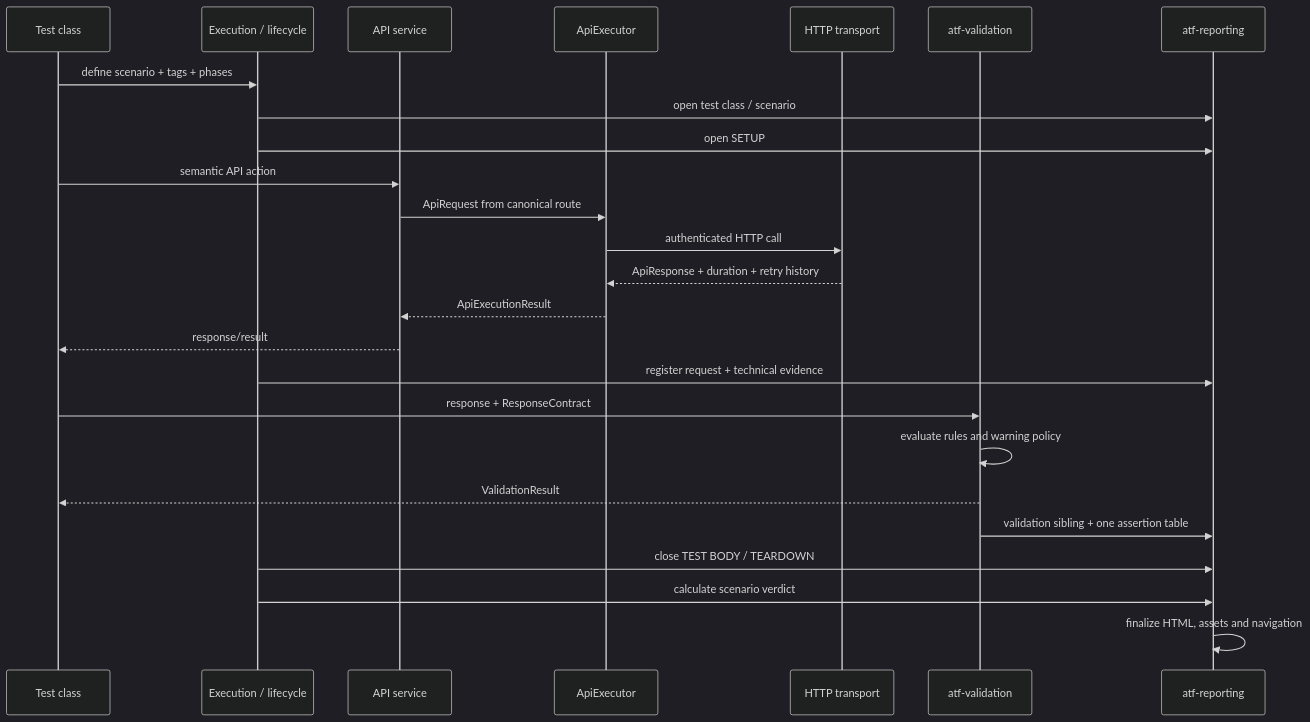
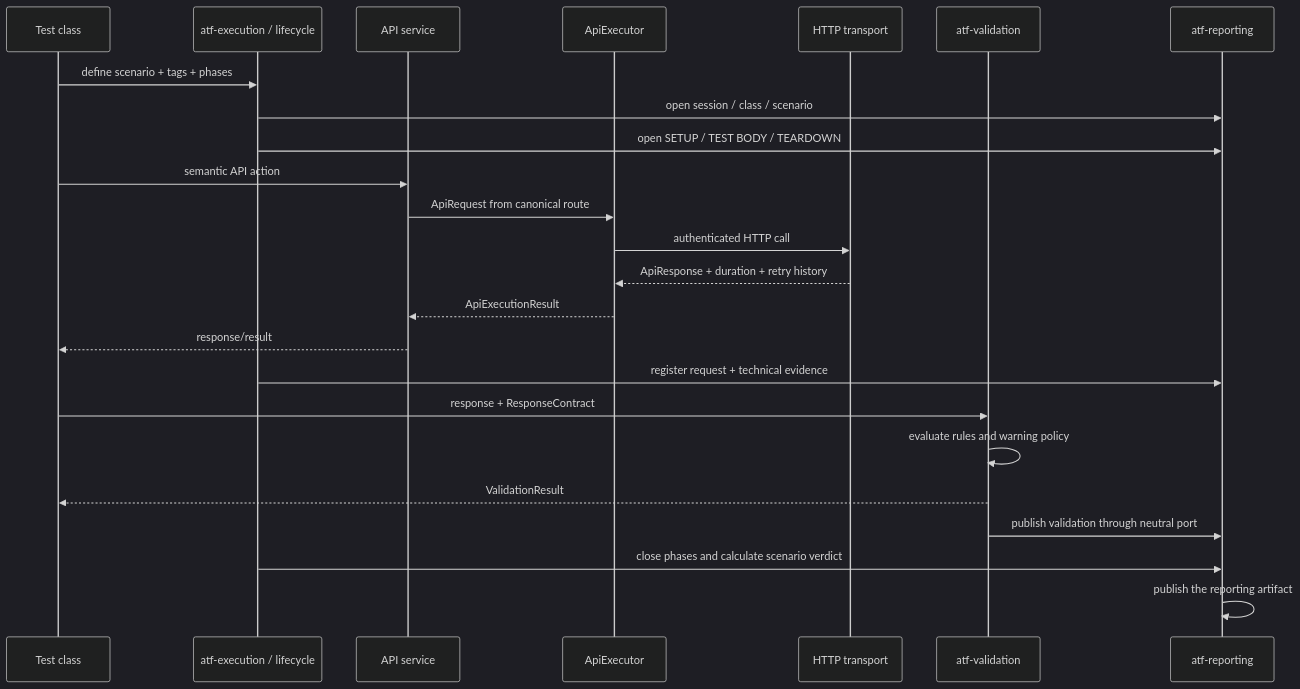
The first of 3 diagrams in README.md (crististefanita/demo2), drawn with Mermaid (dark theme) before and after one commit. The commit also changed other lines of this file and 17 other files, not shown here.

Commit message:
Update Java ATF reporting and contract parity

````diff
--- a/README.md
+++ b/README.md
@@ -15,28 +15,27 @@
 ```mermaid
 sequenceDiagram
     participant T as Test class
-    participant L as Execution / lifecycle
+    participant L as atf-execution / lifecycle
     participant A as API service
     participant X as ApiExecutor
     participant H as HTTP transport
     participant V as atf-validation
     participant R as atf-reporting
 
     T->>L: define scenario + tags + phases
-    L->>R: open test class / scenario
-    L->>R: open SETUP
+    L->>R: open session / class / scenario
+    L->>R: open SETUP / TEST BODY / TEARDOWN
     T->>A: semantic API action
     A->>X: ApiRequest from canonical route
     X->>H: authenticated HTTP call
     H-->>X: ApiResponse + duration + retry history
     X-->>A: ApiExecutionResult
     A-->>T: response/result
     L->>R: register request + technical evidence
     T->>V: response + ResponseContract
     V->>V: evaluate rules and warning policy
     V-->>T: ValidationResult
-    V->>R: validation sibling + one assertion table
-    L->>R: close TEST BODY / TEARDOWN
-    L->>R: calculate scenario verdict
-    R->>R: finalize HTML, assets and navigation
+    V->>R: publish validation through neutral port
+    L->>R: close phases and calculate scenario verdict
+    R->>R: publish the reporting artifact
 ```
````
